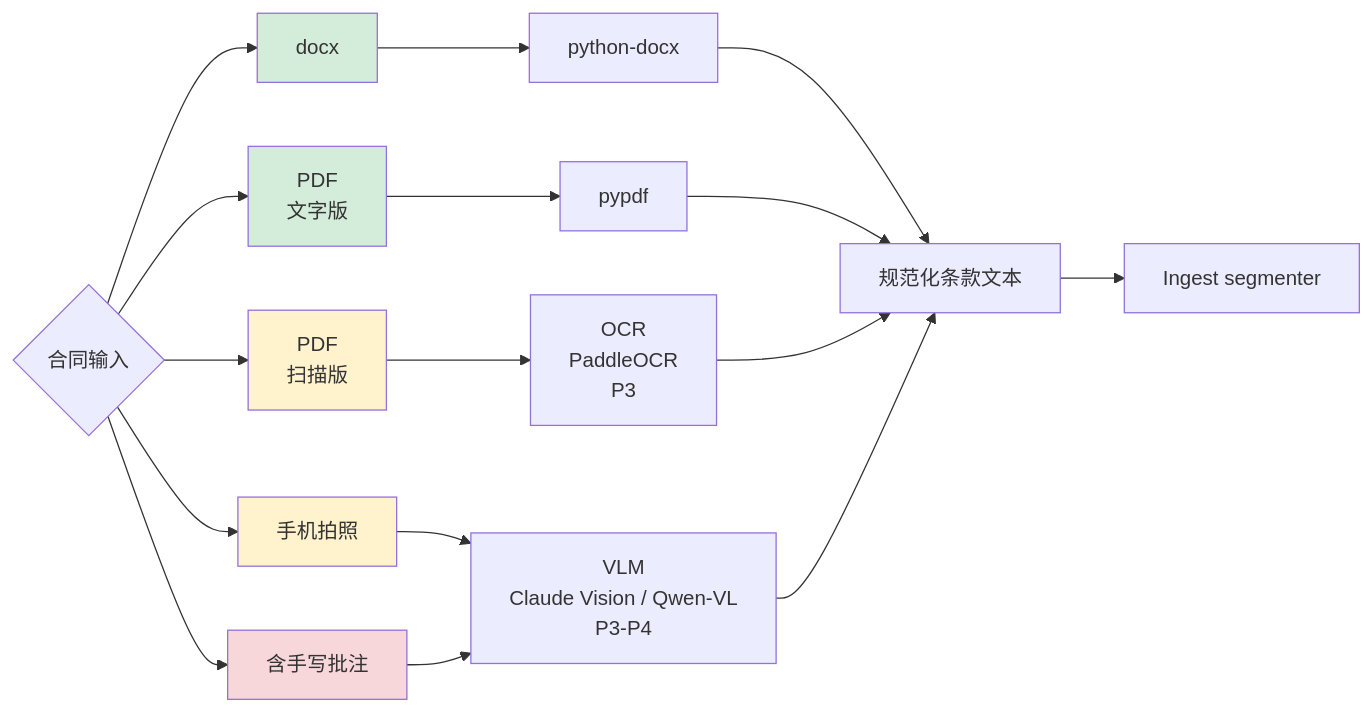
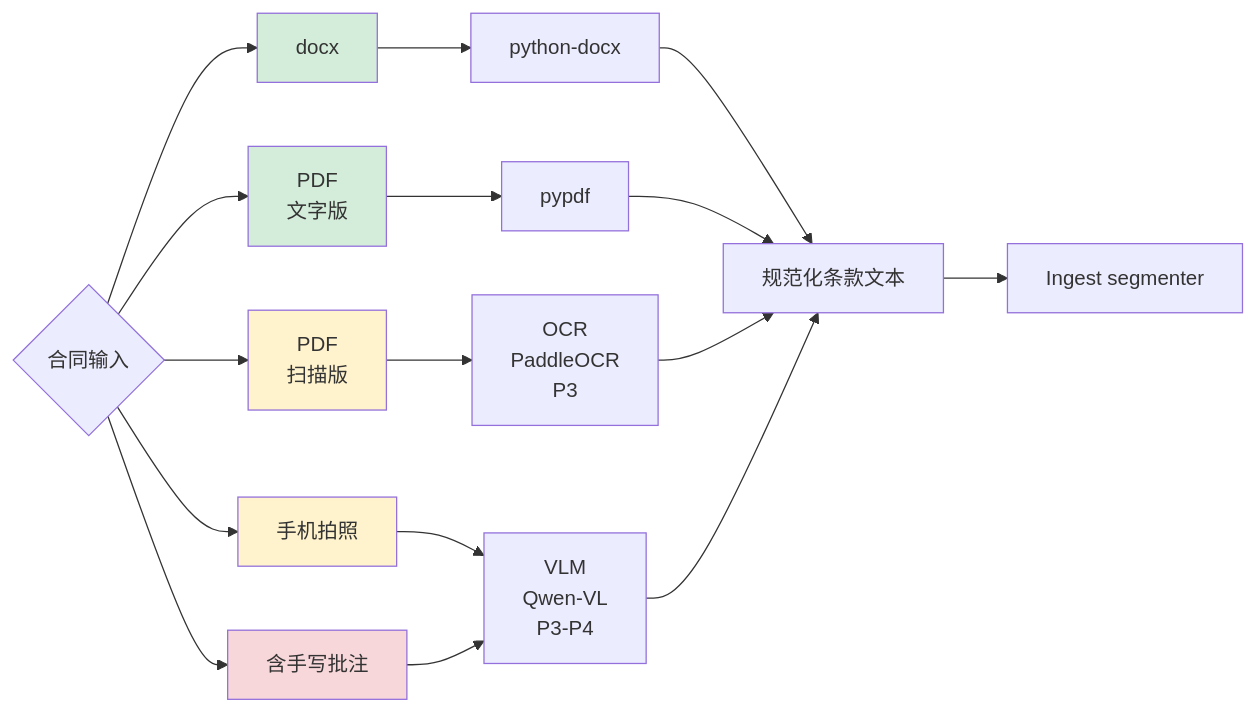
Before and after one commit to junjiehei/legal-contract-agent: the sixth of 8 diagrams in docs/ARCHITECTURE.md, drawn with Mermaid. The commit also changed other lines of this file and 2 other files, not shown here.

First line of the commit message:
docs: apply purpose->table->code style to Format Detection; align HLD/ARCHITECTURE

````diff
--- a/docs/ARCHITECTURE.md
+++ b/docs/ARCHITECTURE.md
@@ -361,28 +361,28 @@
 ```mermaid
 flowchart LR
     Input{合同输入}
     Input --> T1[docx]
     Input --> T2[PDF<br/>文字版]
     Input --> T3[PDF<br/>扫描版]
     Input --> T4[手机拍照]
     Input --> T5[含手写批注]
     
     T1 --> Parser1[python-docx]
     T2 --> Parser2[pypdf]
     T3 --> OCR[OCR<br/>PaddleOCR<br/>P3]
-    T4 --> VLM[VLM<br/>Claude Vision / Qwen-VL<br/>P3-P4]
+    T4 --> VLM[VLM<br/>Qwen-VL<br/>P3-P4]
     T5 --> VLM
     
     Parser1 --> Norm[规范化条款文本]
     Parser2 --> Norm
     OCR --> Norm
     VLM --> Norm
     
     Norm --> Ing[Ingest segmenter]
     
     style T1 fill:#d4edda
     style T2 fill:#d4edda
     style T3 fill:#fff3cd
     style T4 fill:#fff3cd
     style T5 fill:#f8d7da
 ```
````
